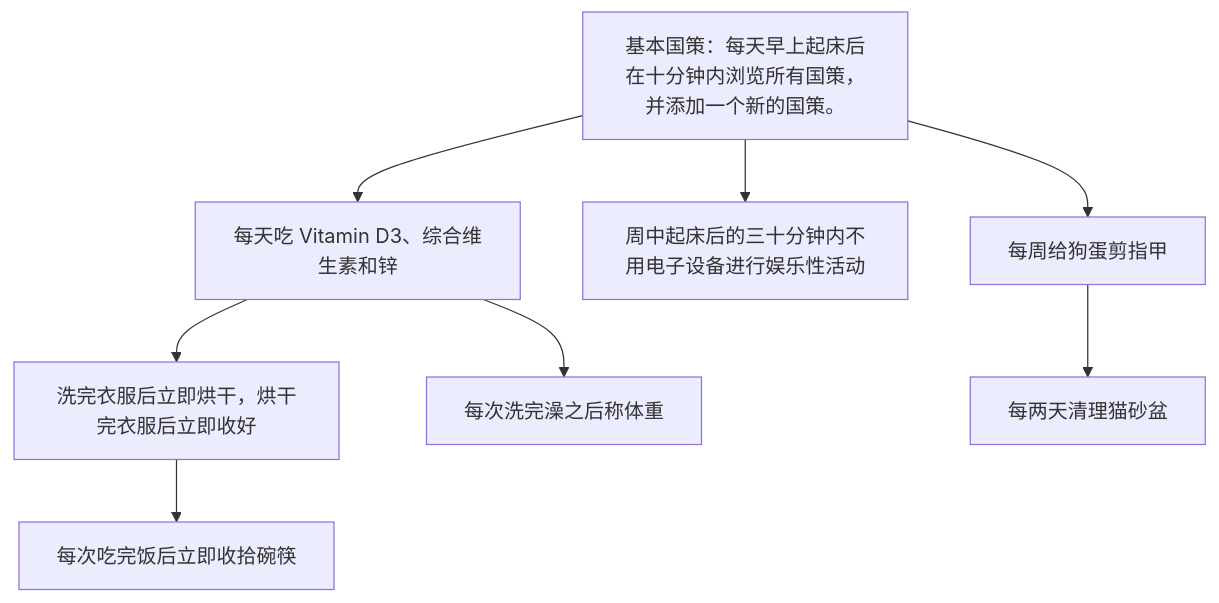
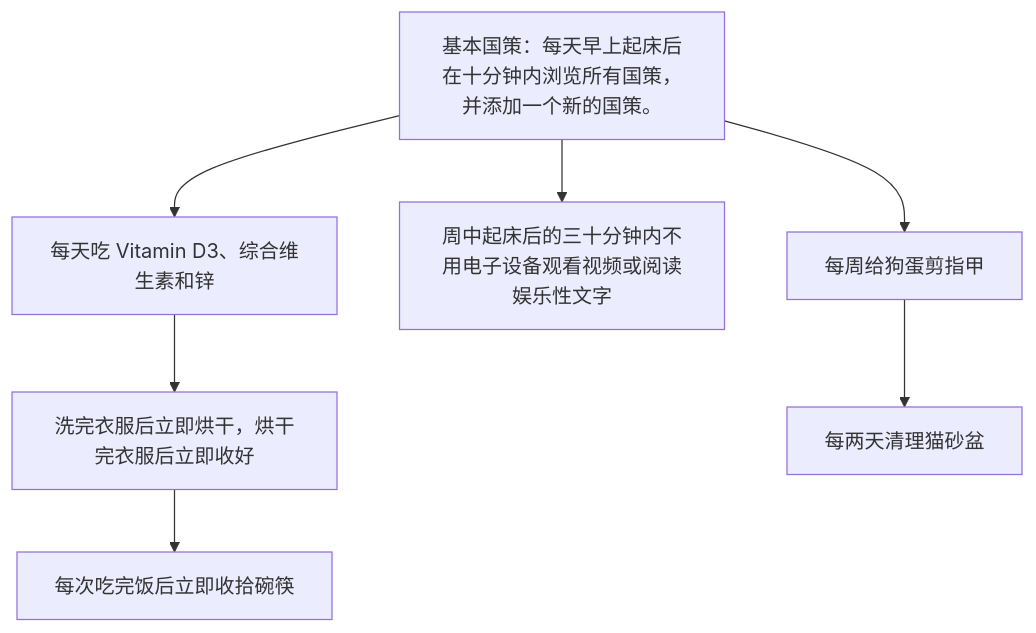
One commit to HeavyWhale/RSIP changed the diagram in national_policies.mermaid. Above: the diagram before and after it, drawn with Mermaid.

```diff
--- a/national_policies.mermaid
+++ b/national_policies.mermaid
@@ -1,9 +1,8 @@
 graph TD
     A[基本国策：每天早上起床后在十分钟内浏览所有国策，并添加一个新的国策。]
     A --> B[每天吃 Vitamin D3、综合维生素和锌]
     B --> BA[洗完衣服后立即烘干，烘干完衣服后立即收好]
     BA --> BAA[每次吃完饭后立即收拾碗筷]
-    B --> BB[每次洗完澡之后称体重]
-    A --> C[周中起床后的三十分钟内不用电子设备进行娱乐性活动]
+    A --> C[周中起床后的三十分钟内不用电子设备观看视频或阅读娱乐性文字]
     A --> D[每周给狗蛋剪指甲]
     D --> DA[每两天清理猫砂盆]
```
